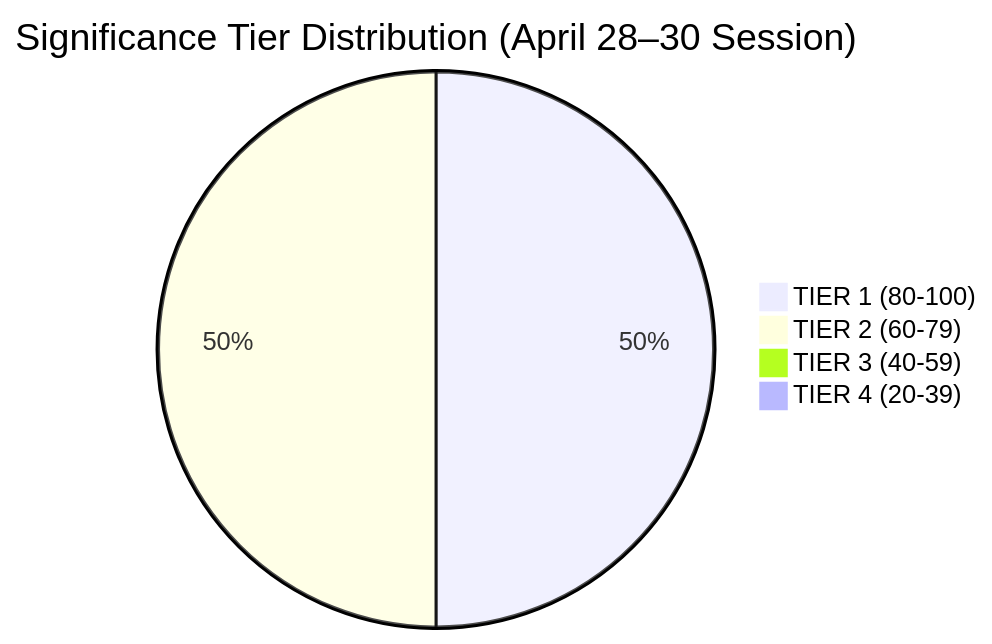
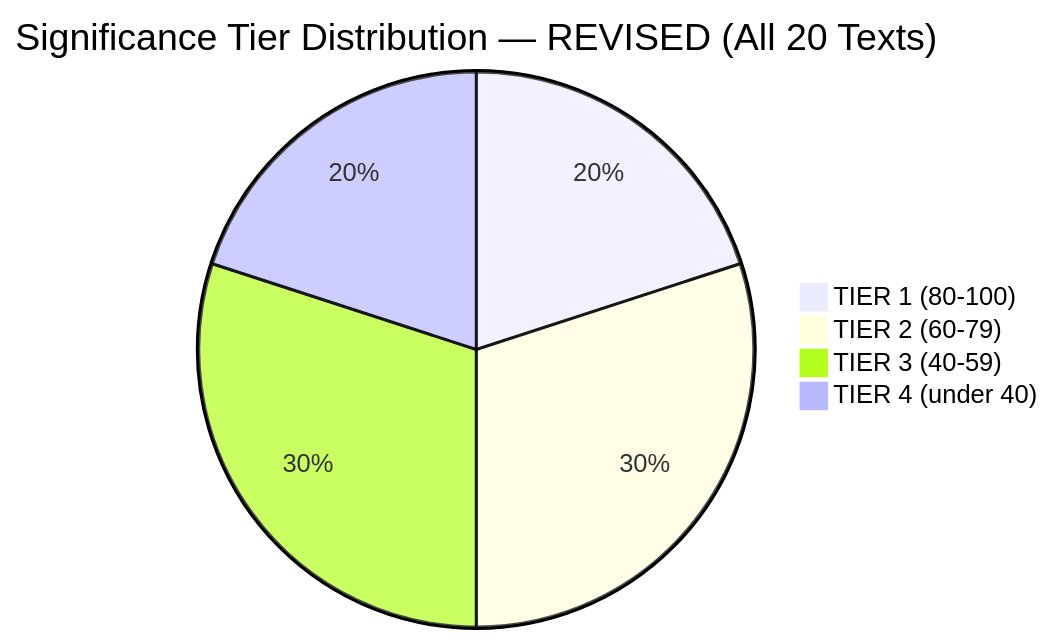
The diagram in analysis/daily/2026-05-05/breaking/classification/significance-classification.md (Hack23/euparliamentmonitor), drawn with Mermaid before and after one commit. The commit also changed other lines of this file and 38 other files, not shown here.

First line of the commit message:
news(breaking): EP April 28-30 Strasbourg session — re-run with China cluster

````diff
--- a/analysis/daily/2026-05-05/breaking/classification/significance-classification.md
+++ b/analysis/daily/2026-05-05/breaking/classification/significance-classification.md
@@ -121,7 +132,7 @@
 ```mermaid
-pie title Significance Tier Distribution (April 28–30 Session)
-    "TIER 1 (80-100)" : 2
-    "TIER 2 (60-79)" : 2
-    "TIER 3 (40-59)" : 0
-    "TIER 4 (20-39)" : 0
+pie title Significance Tier Distribution — REVISED (All 20 Texts)
+    "TIER 1 (80-100)" : 4
+    "TIER 2 (60-79)" : 6
+    "TIER 3 (40-59)" : 6
+    "TIER 4 (under 40)" : 4
 ```
````
